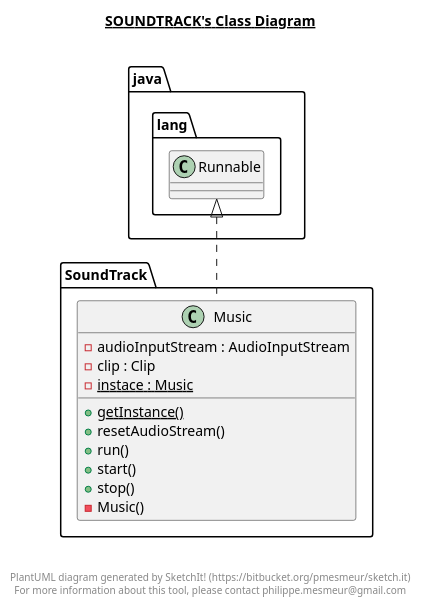
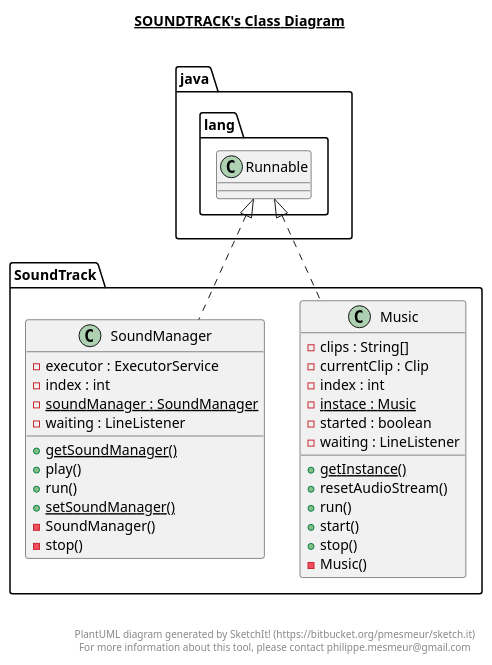
Before and after one commit to IulianMurariu-Tanasache/ProiectPAOO_FirstDungeon: the diagram in out/production/_Proiect/SoundTrack/SoundTrack.plantuml, drawn with PlantUML. The commit also changed 186 other files, not shown here.

```diff
--- a/out/production/_Proiect/SoundTrack/SoundTrack.plantuml
+++ b/out/production/_Proiect/SoundTrack/SoundTrack.plantuml
@@ -1,30 +1,50 @@
 @startuml
 
 title __SOUNDTRACK's Class Diagram__\n
 
   namespace SoundTrack {
     class SoundTrack.Music {
-        - audioInputStream : AudioInputStream
-        - clip : Clip
+        - clips : String[]
+        - currentClip : Clip
+        - index : int
         {static} - instace : Music
+        - started : boolean
+        - waiting : LineListener
         {static} + getInstance()
         + resetAudioStream()
         + run()
         + start()
         + stop()
         - Music()
     }
   }
   
 
+  namespace SoundTrack {
+    class SoundTrack.SoundManager {
+        - executor : ExecutorService
+        - index : int
+        {static} - soundManager : SoundManager
+        - waiting : LineListener
+        {static} + getSoundManager()
+        + play()
+        + run()
+        {static} + setSoundManager()
+        - SoundManager()
+        - stop()
+    }
+  }
+  
+
   SoundTrack.Music .up.|> java.lang.Runnable
+  SoundTrack.SoundManager .up.|> java.lang.Runnable
 
 
 right footer
 
 
 PlantUML diagram generated by SketchIt! (https://bitbucket.org/pmesmeur/sketch.it)
 For more information about this tool, please contact philippe.mesmeur@gmail.com
 endfooter
 
 @enduml
```
